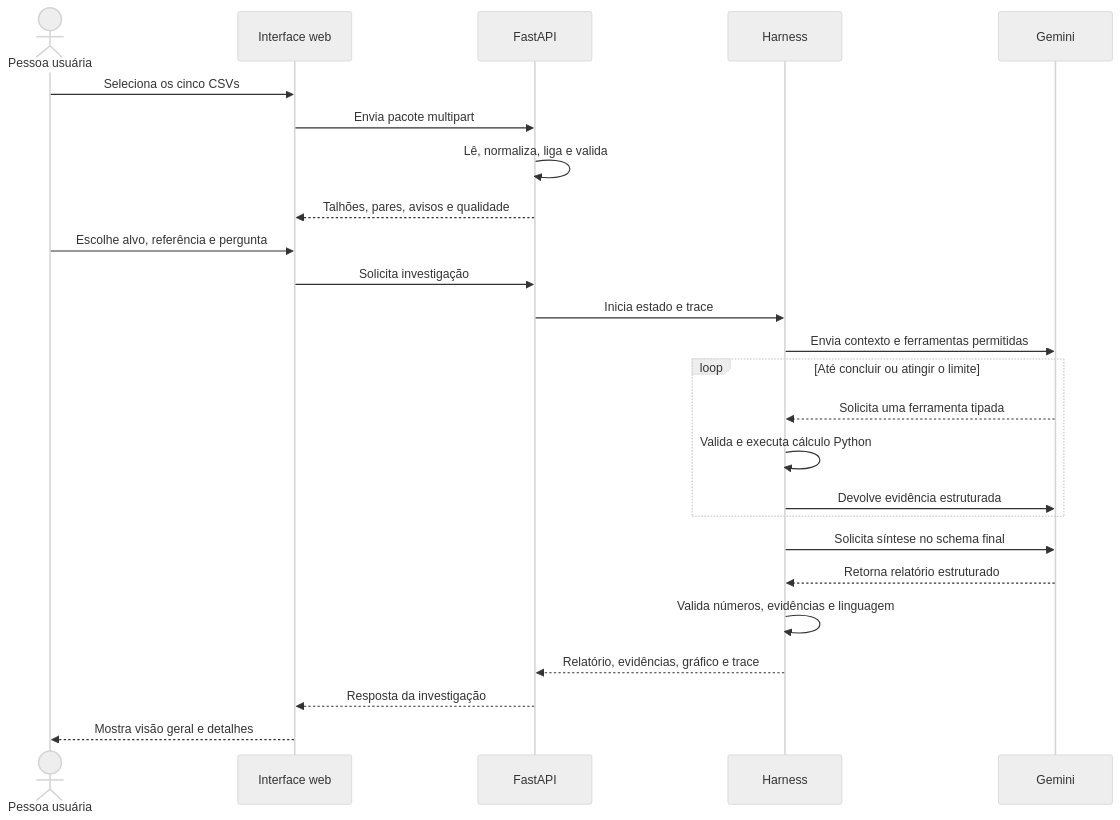
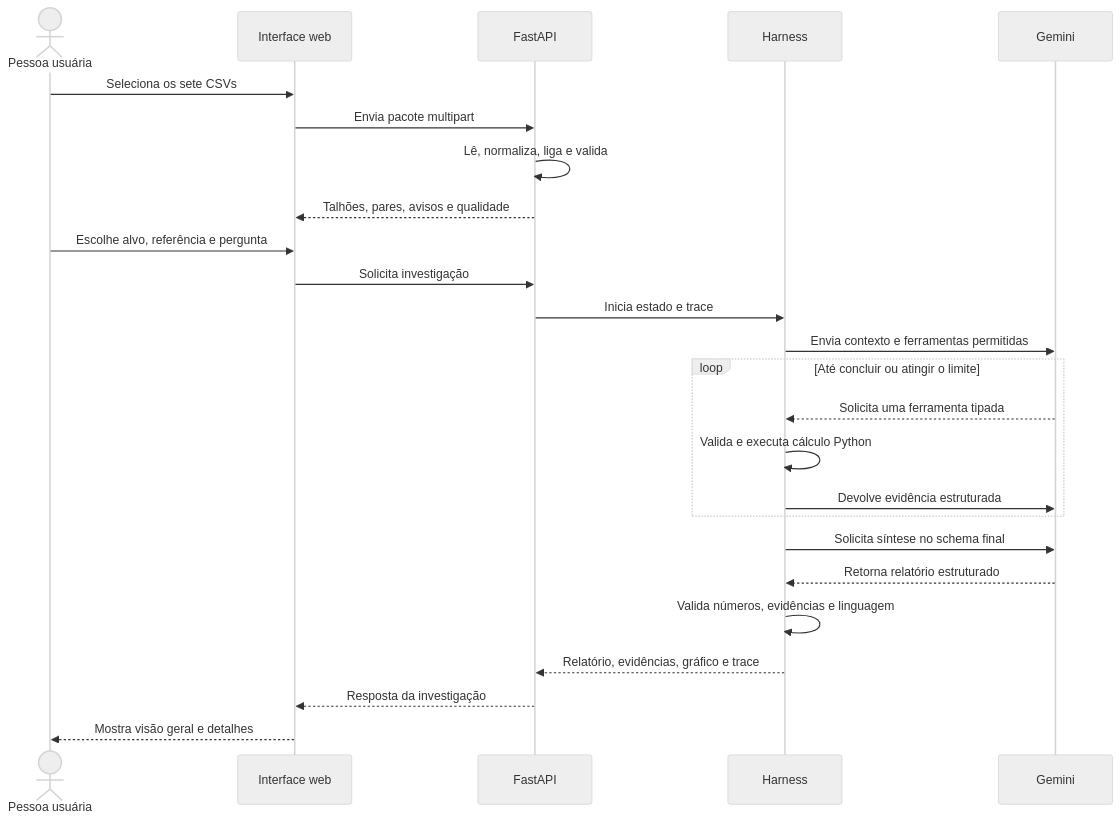
Before and after one commit to PaolaBiscaro/CSIMilho: the second of 16 diagrams in PIPELINES.md, drawn with Mermaid (neutral theme). The commit also changed other lines of this file and 30 other files, not shown here.

````diff
--- a/PIPELINES.md
+++ b/PIPELINES.md
@@ -31,28 +32,28 @@
 ```mermaid
 sequenceDiagram
     actor U as Pessoa usuária
     participant W as Interface web
     participant A as FastAPI
     participant H as Harness
     participant G as Gemini
 
-    U->>W: Seleciona os cinco CSVs
+    U->>W: Seleciona os sete CSVs
     W->>A: Envia pacote multipart
     A->>A: Lê, normaliza, liga e valida
     A-->>W: Talhões, pares, avisos e qualidade
     U->>W: Escolhe alvo, referência e pergunta
     W->>A: Solicita investigação
     A->>H: Inicia estado e trace
     H->>G: Envia contexto e ferramentas permitidas
     loop Até concluir ou atingir o limite
         G-->>H: Solicita uma ferramenta tipada
         H->>H: Valida e executa cálculo Python
         H->>G: Devolve evidência estruturada
     end
     H->>G: Solicita síntese no schema final
     G-->>H: Retorna relatório estruturado
     H->>H: Valida números, evidências e linguagem
     H-->>A: Relatório, evidências, gráfico e trace
     A-->>W: Resposta da investigação
     W-->>U: Mostra visão geral e detalhes
 ```
````
